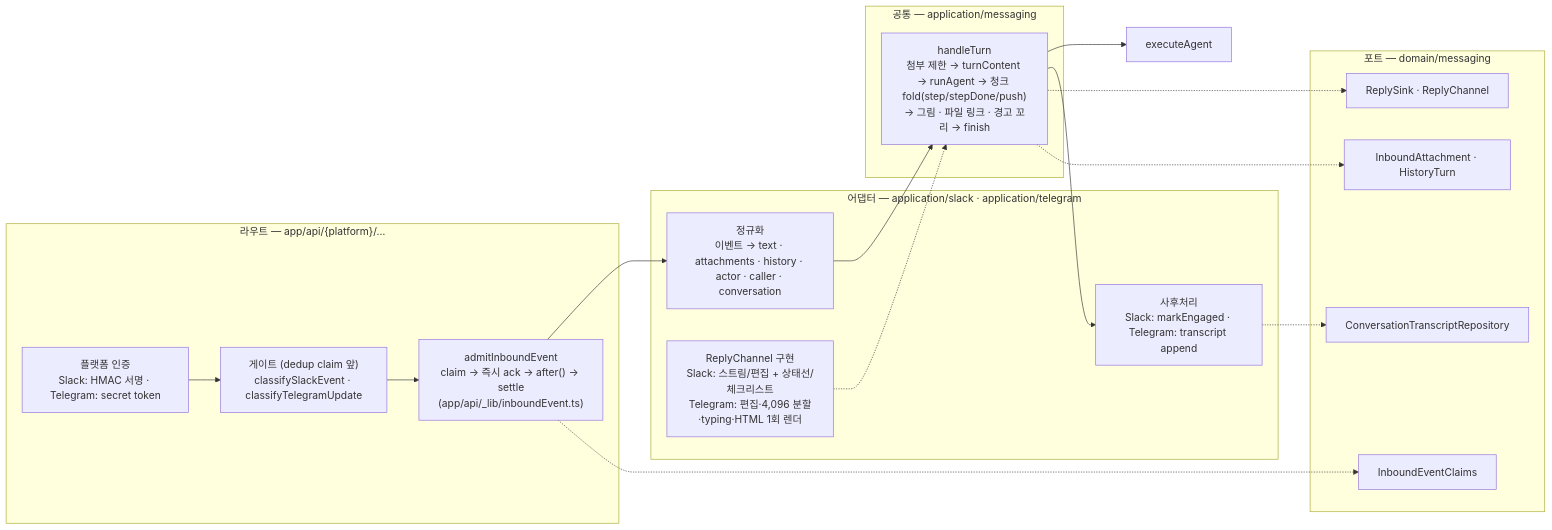
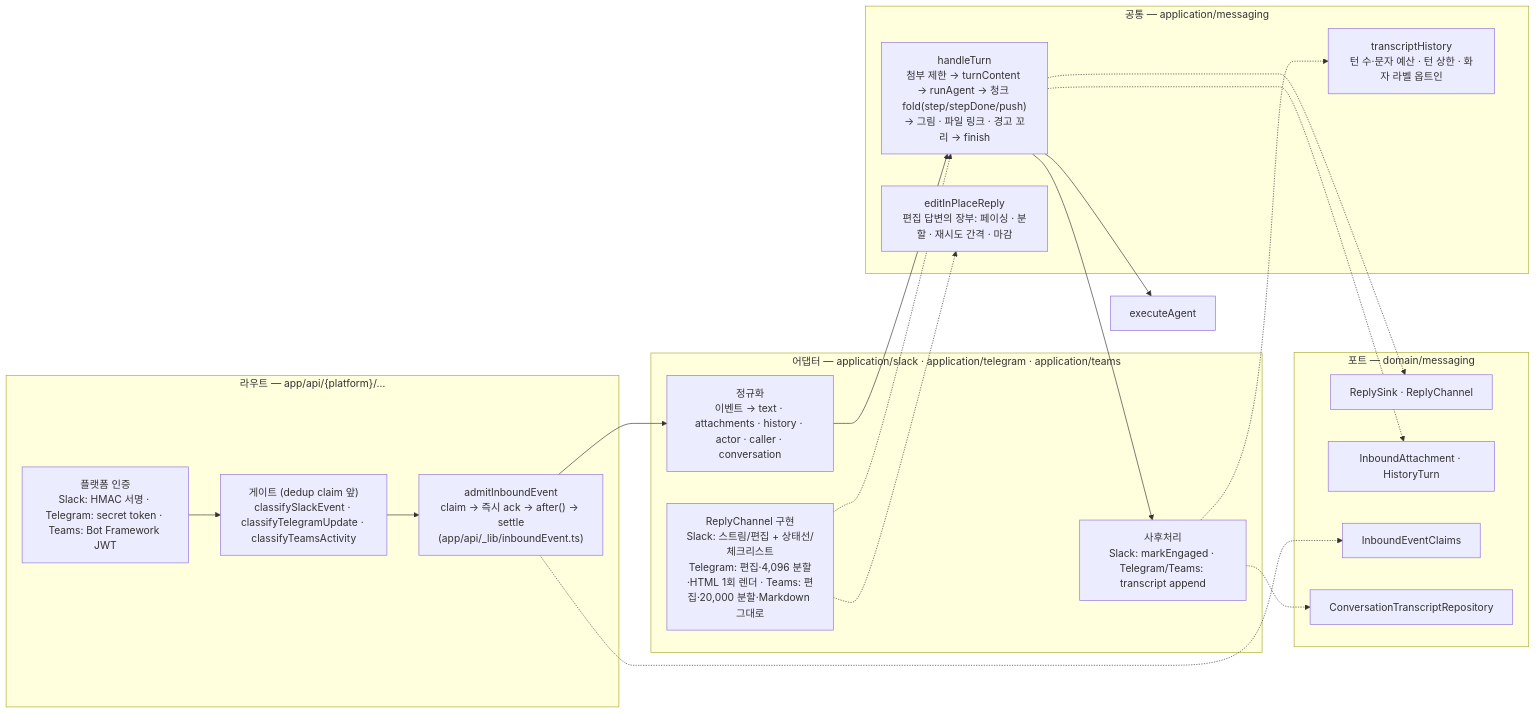
Before and after one commit to opspresso/agent-studio: the fourth of 6 diagrams in docs/DIAGRAMS.md, drawn with Mermaid. The commit also changed other lines of this file and 12 other files, not shown here.

````diff
--- a/docs/DIAGRAMS.md
+++ b/docs/DIAGRAMS.md
@@ -133,31 +136,35 @@
 ```mermaid
 flowchart LR
   subgraph route["라우트 — app/api/{platform}/…"]
-    verify["플랫폼 인증<br/>Slack: HMAC 서명 · Telegram: secret token"]
-    gate["게이트 (dedup claim 앞)<br/>classifySlackEvent · classifyTelegramUpdate"]
+    verify["플랫폼 인증<br/>Slack: HMAC 서명 · Telegram: secret token · Teams: Bot Framework JWT"]
+    gate["게이트 (dedup claim 앞)<br/>classifySlackEvent · classifyTelegramUpdate · classifyTeamsActivity"]
     tail["admitInboundEvent<br/>claim → 즉시 ack → after() → settle<br/>(app/api/_lib/inboundEvent.ts)"]
   end
-  subgraph adapter["어댑터 — application/slack · application/telegram"]
+  subgraph adapter["어댑터 — application/slack · application/telegram · application/teams"]
     normalise["정규화<br/>이벤트 → text · attachments · history · actor · caller · conversation"]
-    render["ReplyChannel 구현<br/>Slack: 스트림/편집 + 상태선/체크리스트<br/>Telegram: 편집·4,096 분할·typing·HTML 1회 렌더"]
-    after["사후처리<br/>Slack: markEngaged · Telegram: transcript append"]
+    render["ReplyChannel 구현<br/>Slack: 스트림/편집 + 상태선/체크리스트<br/>Telegram: 편집·4,096 분할·HTML 1회 렌더 · Teams: 편집·20,000 분할·Markdown 그대로"]
+    after["사후처리<br/>Slack: markEngaged · Telegram/Teams: transcript append"]
   end
   subgraph shared["공통 — application/messaging"]
     turn["handleTurn<br/>첨부 제한 → turnContent → runAgent → 청크 fold(step/stepDone/push)<br/>→ 그림 · 파일 링크 · 경고 꼬리 → finish"]
+    edit["editInPlaceReply<br/>편집 답변의 장부: 페이싱 · 분할 · 재시도 간격 · 마감"]
+    transcript["transcriptHistory<br/>턴 수·문자 예산 · 턴 상한 · 화자 라벨 옵트인"]
   end
   subgraph ports["포트 — domain/messaging"]
     p1["ReplySink · ReplyChannel"]
     p2["InboundAttachment · HistoryTurn"]
     p3["InboundEventClaims"]
     p4["ConversationTranscriptRepository"]
   end
   facade["executeAgent"]
 
   verify --> gate --> tail --> normalise --> turn --> facade
   render -.-> turn
+  render -.-> edit
+  after -.-> transcript
   turn --> after
   turn -.-> p1
   turn -.-> p2
   tail -.-> p3
   after -.-> p4
 ```
````
